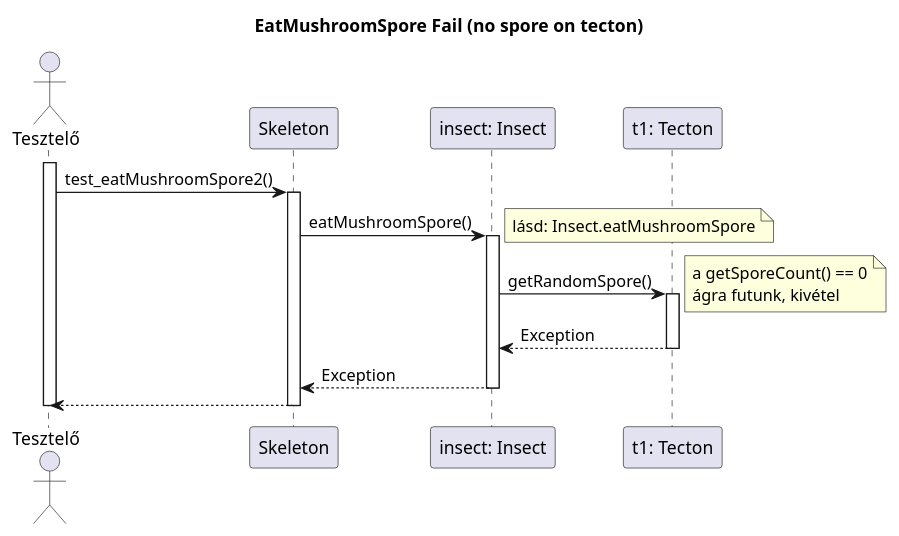
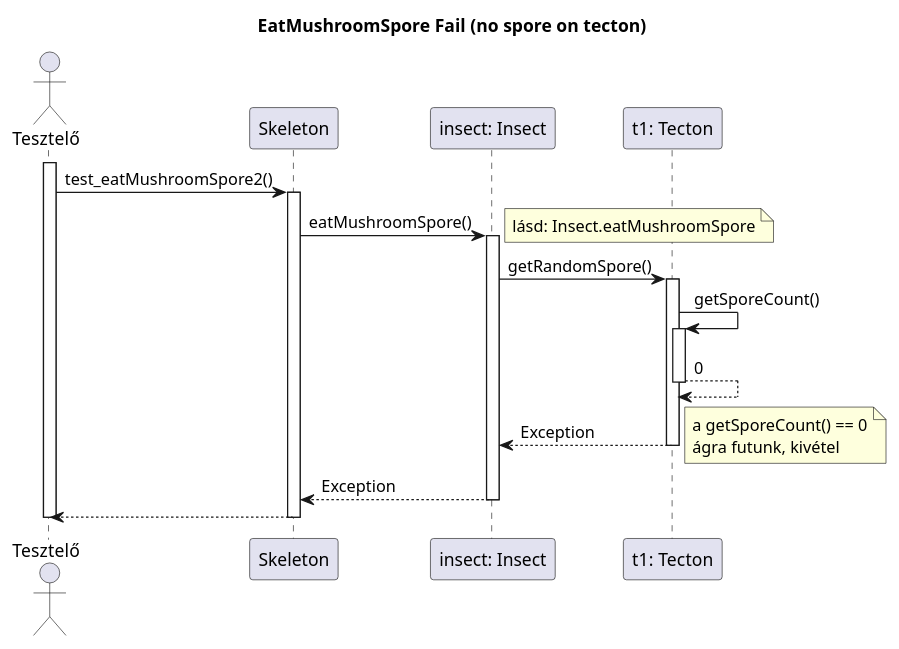
Before and after one commit to dzsem/projlab: the diagram in diagrams/test-sequence/insect/eatMushroomSpore2.plantuml, drawn with PlantUML. The commit also changed 1 other file, not shown here.

Commit message:
Update EatMushroomSpore test and normal seq. diagram

```diff
--- a/diagrams/test-sequence/insect/eatMushroomSpore2.plantuml
+++ b/diagrams/test-sequence/insect/eatMushroomSpore2.plantuml
@@ -1,35 +1,41 @@
 @startuml test_eatMushroomSpore2
 
 title EatMushroomSpore Fail (no spore on tecton)
 
 actor "Tesztelő" as t
 participant "Skeleton" as ske
 participant "insect: Insect" as i
 participant "t1: Tecton" as t1
 
 activate t
 
 t -> ske: test_eatMushroomSpore2()
 activate ske
 
 	ske -> i: eatMushroomSpore()
 	activate i
 	note right: lásd: Insect.eatMushroomSpore
 
 	
 	i -> t1: getRandomSpore()
-	note right: a getSporeCount() == 0\nágra futunk, kivétel
 	activate t1
 
+	t1 -> t1: getSporeCount()
+	activate t1
+
+	t1 --> t1: 0
+	deactivate t1
+
 	i <-- t1: Exception
+	note right: a getSporeCount() == 0\nágra futunk, kivétel
 	deactivate t1
 
 	ske <-- i: Exception
 	deactivate i
 
 t <-- ske
 deactivate ske
 
 deactivate t
 
 @enduml
```
